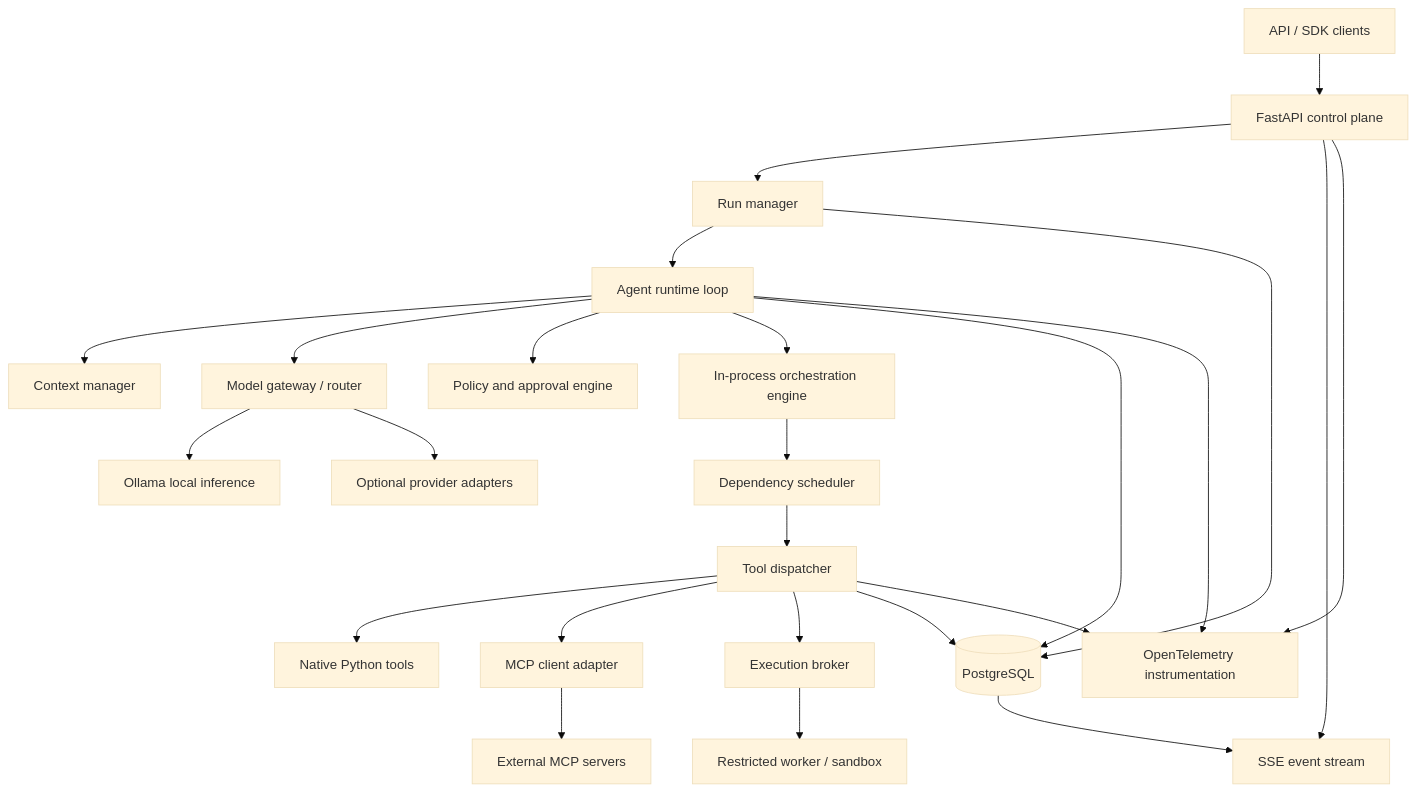
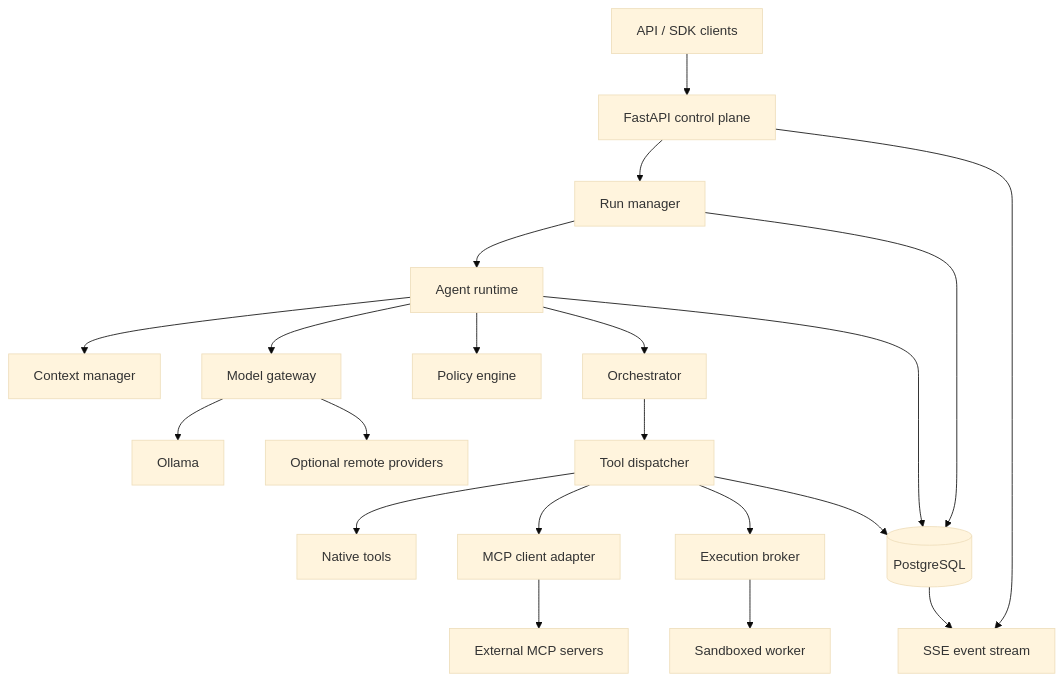
One commit to NP2420/agent-platform-foundation changed the first of 2 diagrams in docs/ARCHITECTURE.md. Above: the diagram before and after it, drawn with Mermaid (base theme). The commit also changed other lines of this file and 39 other files, not shown here.

````diff
--- a/docs/ARCHITECTURE.md
+++ b/docs/ARCHITECTURE.md
@@ -77,27 +41,23 @@
 ```mermaid
 flowchart TB
     Client[API / SDK clients] --> API[FastAPI control plane]
     API --> RM[Run manager]
-    RM --> Runtime[Agent runtime loop]
+    RM --> Runtime[Agent runtime]
     Runtime --> Context[Context manager]
-    Runtime --> Router[Model gateway / router]
-    Router --> Ollama[Ollama local inference]
-    Router --> Providers[Optional provider adapters]
-    Runtime --> Policy[Policy and approval engine]
-    Runtime --> Orchestrator[In-process orchestration engine]
-    Orchestrator --> Scheduler[Dependency scheduler]
-    Scheduler --> Dispatcher[Tool dispatcher]
-    Dispatcher --> Native[Native Python tools]
+    Runtime --> Router[Model gateway]
+    Router --> Ollama[Ollama]
+    Router --> Providers[Optional remote providers]
+    Runtime --> Policy[Policy engine]
+    Runtime --> Orchestrator[Orchestrator]
+    Orchestrator --> Dispatcher[Tool dispatcher]
+    Dispatcher --> Native[Native tools]
     Dispatcher --> MCP[MCP client adapter]
     Dispatcher --> Broker[Execution broker]
     MCP --> MCPServers[External MCP servers]
-    Broker --> Sandbox[Restricted worker / sandbox]
+    Broker --> Sandbox[Sandboxed worker]
     RM --> DB[(PostgreSQL)]
     Runtime --> DB
     Dispatcher --> DB
-    API --> Events[SSE event stream]
-    DB --> Events
-    Runtime --> OTel[OpenTelemetry instrumentation]
-    API --> OTel
-    Dispatcher --> OTel
+    DB --> Events[SSE event stream]
+    API --> Events
 ```
````
